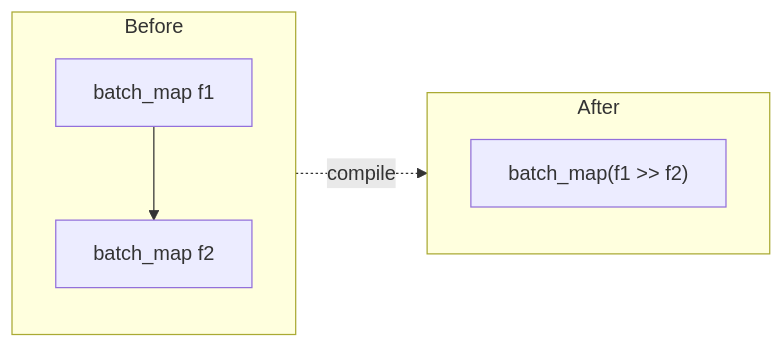
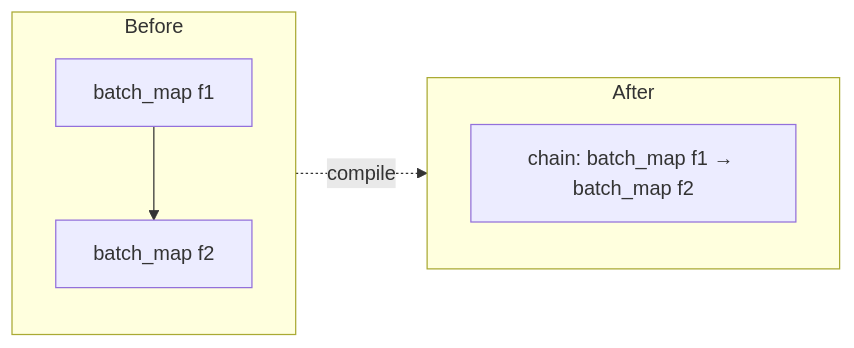
The sixth of 9 diagrams in docs/features/batch-processing.md (IsaacTay/akayu), drawn with Mermaid before and after one commit. The commit also changed other lines of this file and 19 other files, not shown here.

````diff
--- a/docs/features/batch-processing.md
+++ b/docs/features/batch-processing.md
@@ -246,12 +251,12 @@
 ```mermaid
 flowchart LR
     subgraph before [Before]
         A[batch_map f1] --> B[batch_map f2]
     end
 
     subgraph after [After]
-        C["batch_map(f1 >> f2)"]
+        C["chain: batch_map f1 → batch_map f2"]
     end
 
     before -.->|compile| after
 ```
````
